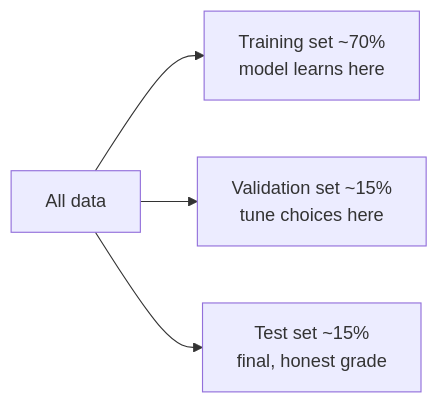
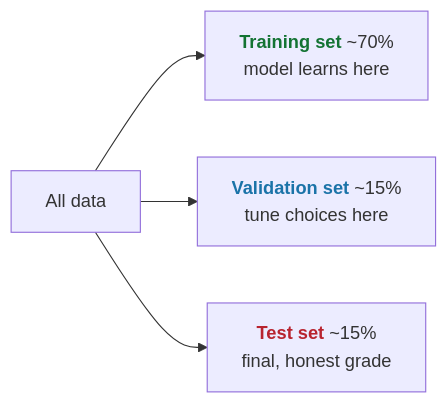
One commit to kasemsit/261405 changed the diagram in slides/diagrams/diag04.mmd. Above: the diagram before and after it, drawn with Mermaid. The commit also changed 45 other files, not shown here.

Commit message:
Add 5 topics (metrics, recsys, unsupervised, fine-tuning, PDPA/injection/interpretability), detailed RAG/agentic diagrams, course landing page

```diff
--- a/slides/diagrams/diag04.mmd
+++ b/slides/diagrams/diag04.mmd
@@ -1,4 +1,4 @@
 flowchart LR
-  D[All data] --> Tr[Training set ~70%<br/>model learns here]
-  D --> Va[Validation set ~15%<br/>tune choices here]
-  D --> Te[Test set ~15%<br/>final, honest grade]
+  D[All data] --> Tr["<b style='color:#137333'>Training set</b> ~70%<br/>model learns here"]
+  D --> Va["<b style='color:#1a73a8'>Validation set</b> ~15%<br/>tune choices here"]
+  D --> Te["<b style='color:#b8232f'>Test set</b> ~15%<br/>final, honest grade"]
```
